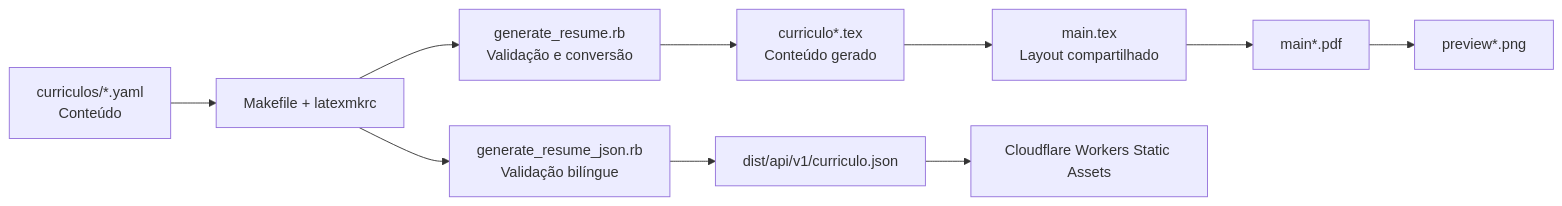
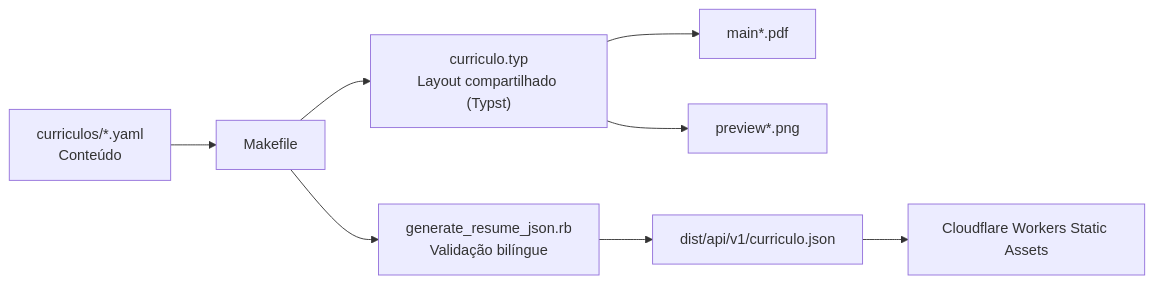
The diagram in CONTRIBUTING.md (mericxy/meu-curriculo), drawn with Mermaid before and after one commit. The commit also changed other lines of this file and 22 other files, not shown here.

First line of the commit message:
Migrate resume layout from LaTeX to Typst

````diff
--- a/CONTRIBUTING.md
+++ b/CONTRIBUTING.md
@@ -23,12 +22,10 @@
 ```mermaid
 flowchart LR
-    YAML["curriculos/*.yaml<br/>Conteúdo"] --> MAKE["Makefile + latexmkrc"]
-    MAKE --> SCRIPT["generate_resume.rb<br/>Validação e conversão"]
-    SCRIPT --> DATA["curriculo*.tex<br/>Conteúdo gerado"]
-    DATA --> LAYOUT["main.tex<br/>Layout compartilhado"]
+    YAML["curriculos/*.yaml<br/>Conteúdo"] --> MAKE["Makefile"]
+    MAKE --> LAYOUT["curriculo.typ<br/>Layout compartilhado (Typst)"]
     LAYOUT --> PDF["main*.pdf"]
-    PDF --> PREVIEW["preview*.png"]
+    LAYOUT --> PREVIEW["preview*.png"]
     MAKE --> JSONSCRIPT["generate_resume_json.rb<br/>Validação bilíngue"]
     JSONSCRIPT --> JSON["dist/api/v1/curriculo.json"]
     JSON --> WORKER["Cloudflare Workers Static Assets"]
 ```
````
